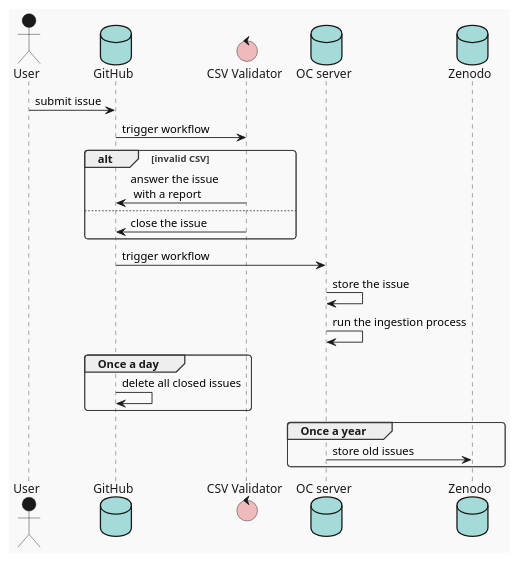
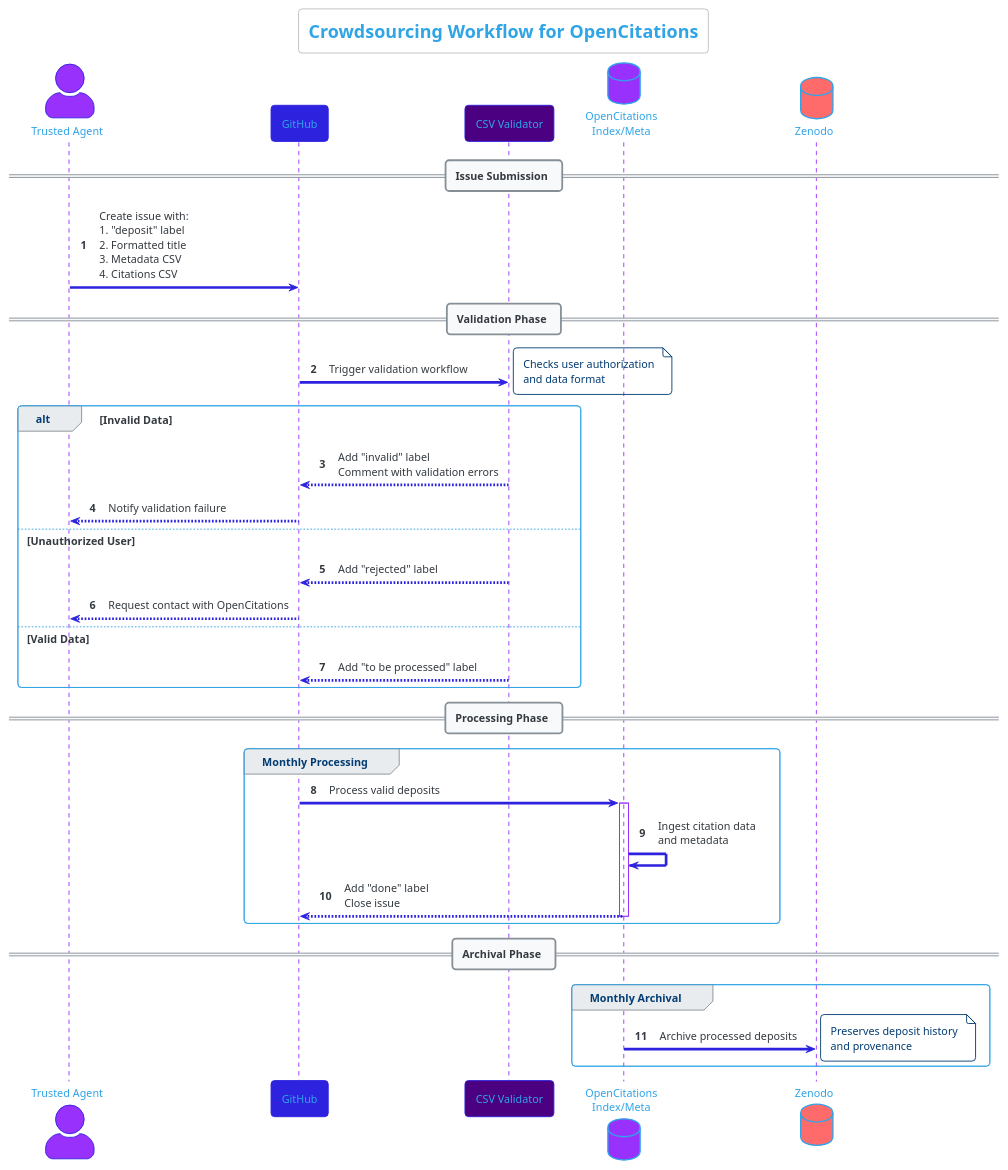
The diagram in docs/workflow.plantuml (opencitations/crowdsourcing), drawn with PlantUML before and after one commit. The commit also changed 2 other files, not shown here.

Commit message:
docs: add workflow diagram to README
- Create enhanced PlantUML workflow diagram with improved styling
- Add new "Workflow Overview" section in README
- Include visual representation of the crowdsourcing process

```diff
--- a/docs/workflow.plantuml
+++ b/docs/workflow.plantuml
@@ -1,25 +1,63 @@
 @startuml
-!theme mars
-actor User
-database GitHub
-control "CSV Validator"
-database "OC server"
-database Zenodo
+!theme cerulean-outline
 
-User -> GitHub: submit issue
-GitHub -> "CSV Validator": trigger workflow
-alt invalid CSV
-"CSV Validator" -> GitHub: answer the issue \n with a report 
-else
-"CSV Validator" -> GitHub: close the issue
+skinparam backgroundColor white
+skinparam handwritten false
+skinparam defaultFontName Arial
+skinparam actorStyle awesome
+skinparam participantPadding 20
+skinparam boxPadding 10
+
+' Custom styles
+skinparam sequence {
+    ArrowColor #2D22DE
+    ActorBorderColor #2D22DE
+    LifeLineBorderColor #9931FC
+    ParticipantBorderColor #2D22DE
+    ParticipantBackgroundColor #F0F0FF
+    BoxBorderColor #2D22DE
+}
+
+actor "Trusted Agent" as User #9931FC
+participant GitHub #2D22DE
+participant "CSV Validator" as Validator #4B0082
+database "OpenCitations\nIndex/Meta" as OC #9931FC
+database Zenodo #FF6B6B
+
+title Crowdsourcing Workflow for OpenCitations
+
+autonumber
+
+== Issue Submission ==
+User -> GitHub: Create issue with:\n1. "deposit" label\n2. Formatted title\n3. Metadata CSV\n4. Citations CSV
+
+== Validation Phase ==
+GitHub -> Validator: Trigger validation workflow
+note right: Checks user authorization\nand data format
+
+alt Invalid Data
+    Validator --> GitHub: Add "invalid" label\nComment with validation errors
+    GitHub --> User: Notify validation failure
+else Unauthorized User
+    Validator --> GitHub: Add "rejected" label
+    GitHub --> User: Request contact with OpenCitations
+else Valid Data
+    Validator --> GitHub: Add "to be processed" label
 end
-GitHub -> "OC server": trigger workflow
-"OC server" -> "OC server": store the issue
-"OC server" -> "OC server": run the ingestion process
-group Once a day
-GitHub -> GitHub: delete all closed issues
+
+== Processing Phase ==
+group Monthly Processing
+    GitHub -> OC: Process valid deposits
+    activate OC
+    OC -> OC: Ingest citation data\nand metadata
+    OC --> GitHub: Add "done" label\nClose issue
+    deactivate OC
 end
-group Once a year
-"OC server" -> Zenodo: store old issues
+
+== Archival Phase ==
+group Monthly Archival
+    OC -> Zenodo: Archive processed deposits
+    note right: Preserves deposit history\nand provenance
 end
+
 @enduml
```
